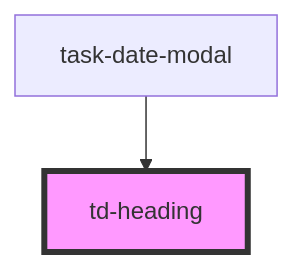
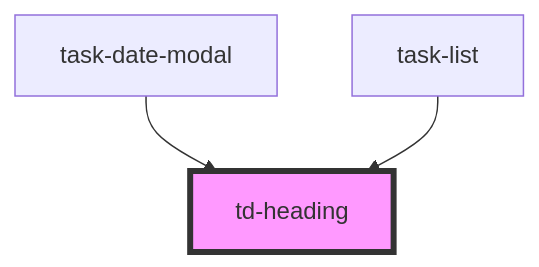
The diagram in libs/ui/src/components/td-heading/readme.md (ajarana/to-done), drawn with Mermaid before and after one commit. The commit also changed other lines of this file and 33 other files, not shown here.

````diff
--- a/libs/ui/src/components/td-heading/readme.md
+++ b/libs/ui/src/components/td-heading/readme.md
@@ -23,5 +24,6 @@
 ```mermaid
 graph TD;
   task-date-modal --> td-heading
+  task-list --> td-heading
   style td-heading fill:#f9f,stroke:#333,stroke-width:4px
 ```
````
